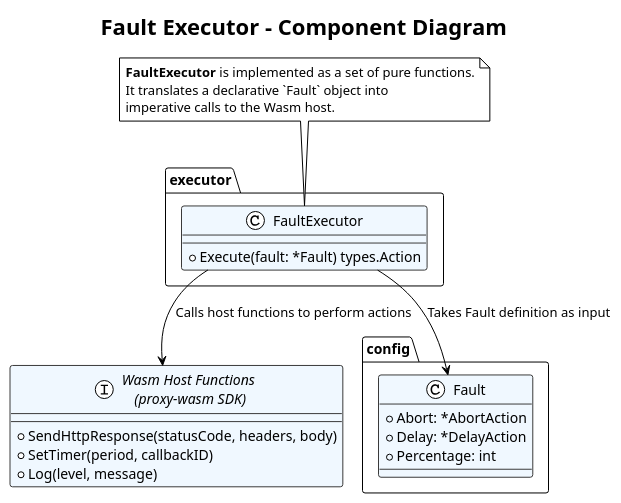
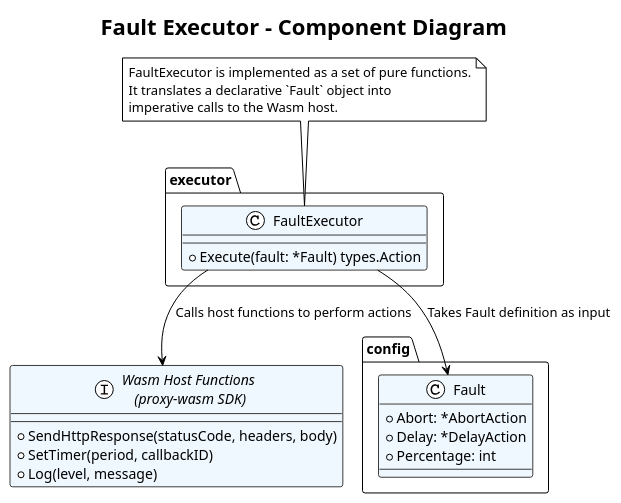
Before and after one commit to kalahetun/Minesweeper: the eighth of 9 diagrams in executor/docs/design_doc/Design_2_Wasm_plugin.md, drawn with PlantUML. The commit also changed other lines of this file and 27 other files, not shown here.

````diff
--- a/executor/docs/design_doc/Design_2_Wasm_plugin.md
+++ b/executor/docs/design_doc/Design_2_Wasm_plugin.md
@@ -598,44 +598,44 @@
 ```plantuml
 @startuml
 !theme plain
 skinparam class {
     BorderColor #3A3A3A
     BackgroundColor #AliceBlue
 }
 skinparam interface {
     BorderColor #3A3A3A
     BackgroundColor #LightYellow
 }
 
 title Fault Executor - Component Diagram
 
 package "executor" {
     class "FaultExecutor" as FE {
         + Execute(fault: *Fault) types.Action
     }
 }
 
 package "config" {
     class "Fault" as F {
       + Abort: *AbortAction
       + Delay: *DelayAction
       + Percentage: int
     }
 }
 
 interface "Wasm Host Functions \n(proxy-wasm SDK)" as SDK {
     + SendHttpResponse(statusCode, headers, body)
     + SetTimer(period, callbackID)
     + Log(level, message)
 }
 
 FE --> F: Takes Fault definition as input
 FE --> SDK: Calls host functions to perform actions
 
 note top of FE
-  **FaultExecutor** is implemented as a set of pure functions.
+  FaultExecutor is implemented as a set of pure functions.
   It translates a declarative `Fault` object into
   imperative calls to the Wasm host.
 end note
 @enduml
 ```
````
